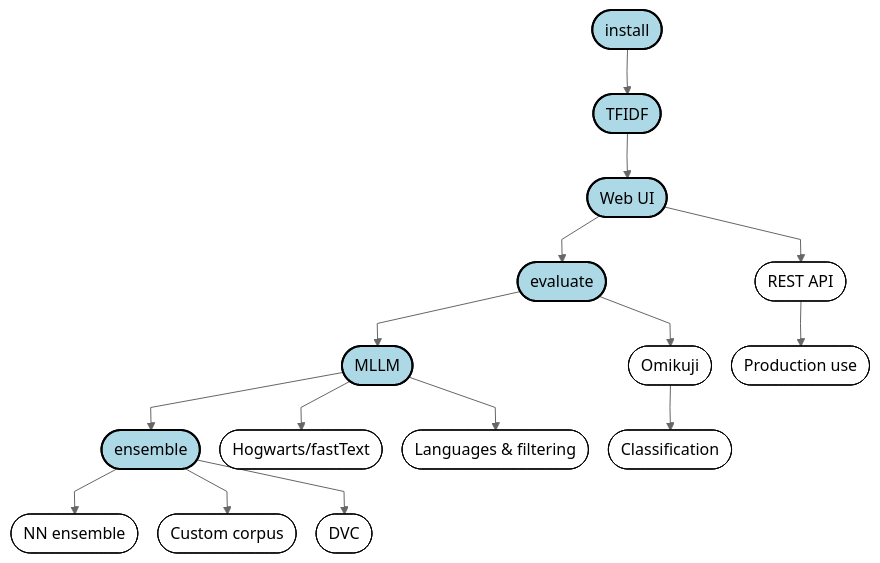
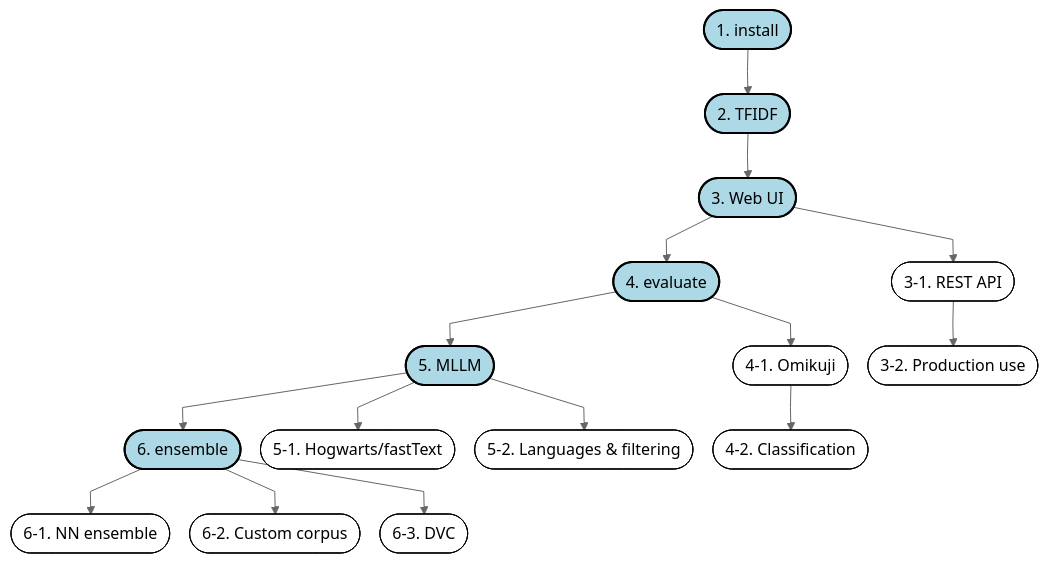
Before and after one commit to NatLibFi/Annif-tutorial: the diagram in exercises/README.md, drawn with Mermaid (neutral theme). The commit also changed other lines of this file, not shown here.

````diff
--- a/exercises/README.md
+++ b/exercises/README.md
@@ -13,45 +13,45 @@
 ```mermaid
 %%{
     init: {
        "flowchart": {
            "nodeSpacing": 20,
            "rankSpacing": 45,
            "useMaxWidth": true,
            "curve": "linear"
         }
     }
 }%%
 flowchart TD
     classDef core fill:#ADD8E6,stroke:#000000,stroke-width:2px;
     classDef optional fill:#ffffff,stroke:#000000,stroke-width:1px;
 
-    install([install]) --> tfidf([TFIDF])
-    tfidf --> webui([Web UI])
-    webui --> eval([evaluate])
-    eval --> mllm([MLLM])
-    mllm --> ensemble([ensemble])
-    ensemble --> nn_ensemble([NN ensemble])
-    ensemble --> custom([Custom corpus])
-    ensemble --> dvc([DVC])
-    mllm --> ft([Hogwarts/fastText])
-    mllm --> lang_filter([Languages & filtering])
-    webui --> rest([REST API])
-    rest --> production([Production use])
-    eval --> omikuji([Omikuji])
-    omikuji --> classification([Classification])
+    install([1. install]) --> tfidf([2. TFIDF])
+    tfidf --> webui([3. Web UI])
+    webui --> eval([4. evaluate])
+    eval --> mllm([5. MLLM])
+    mllm --> ensemble([6. ensemble])
+    ensemble --> nn_ensemble([6-1. NN ensemble])
+    ensemble --> custom([6-2. Custom corpus])
+    ensemble --> dvc([6-3. DVC])
+    mllm --> ft([5-1. Hogwarts/fastText])
+    mllm --> lang_filter([5-2. Languages & filtering])
+    webui --> rest([3-1. REST API])
+    rest --> production([3-2. Production use])
+    eval --> omikuji([4-1. Omikuji])
+    omikuji --> classification([4-2. Classification])
     class install core
     class tfidf core
     class webui core
     class eval core
     class mllm core
     class lang_filter optional
     class ensemble core
     class dvc optional
     class rest optional
     class production optional
     class omikuji optional
     class classification optional
     class ft optional
     class custom optional
     class nn_ensemble optional
 ```
````
